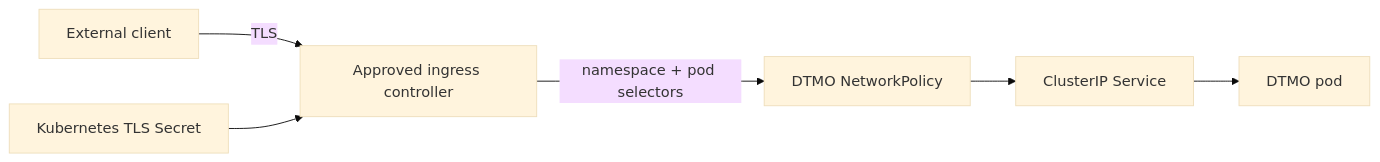
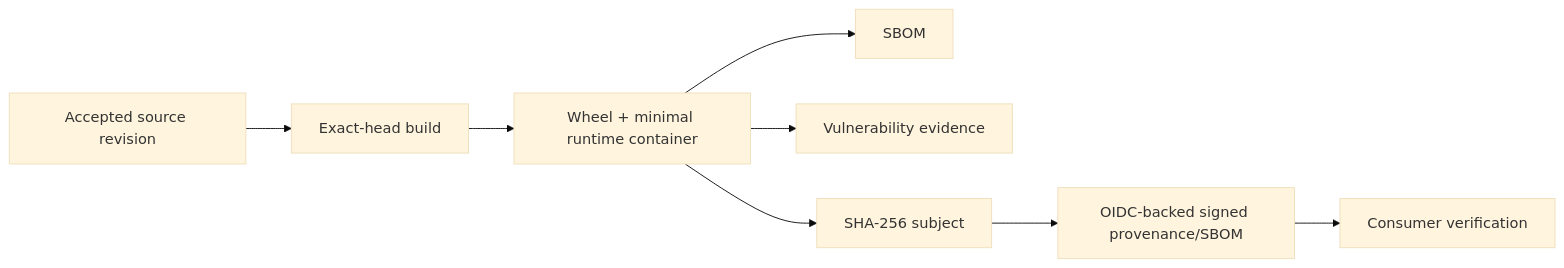
The diagram in docs/security/SECURITY_OVERVIEW.md (GJvManen/dtmo), drawn with Mermaid (base theme) before and after one commit. The commit also changed other lines of this file and 23 other files, not shown here.

````diff
--- a/docs/security/SECURITY_OVERVIEW.md
+++ b/docs/security/SECURITY_OVERVIEW.md
@@ -68,8 +44,10 @@
 ```mermaid
 flowchart LR
-    C[External client] -->|TLS| I[Approved ingress controller]
-    T[Kubernetes TLS Secret] --> I
-    I -->|namespace + pod selectors| N[DTMO NetworkPolicy]
-    N --> S[ClusterIP Service]
-    S --> P[DTMO pod]
+    S[Accepted source revision] --> B[Exact-head build]
+    B --> A[Wheel + minimal runtime container]
+    A --> SB[SBOM]
+    A --> V[Vulnerability evidence]
+    A --> H[SHA-256 subject]
+    H --> P[OIDC-backed signed provenance/SBOM]
+    P --> C[Consumer verification]
 ```
````
